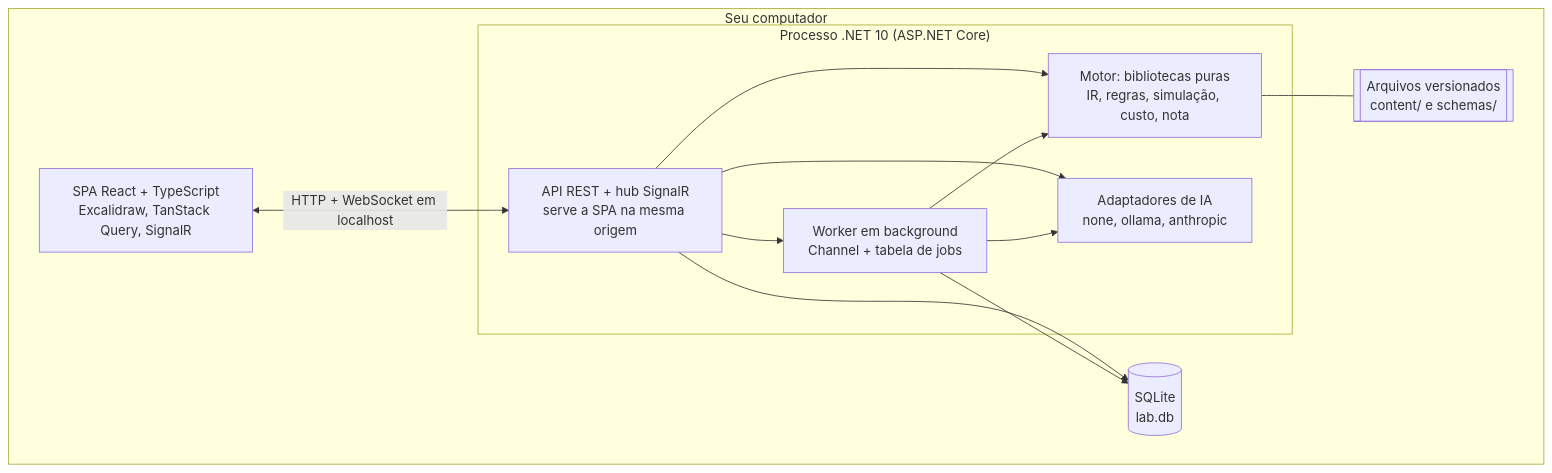
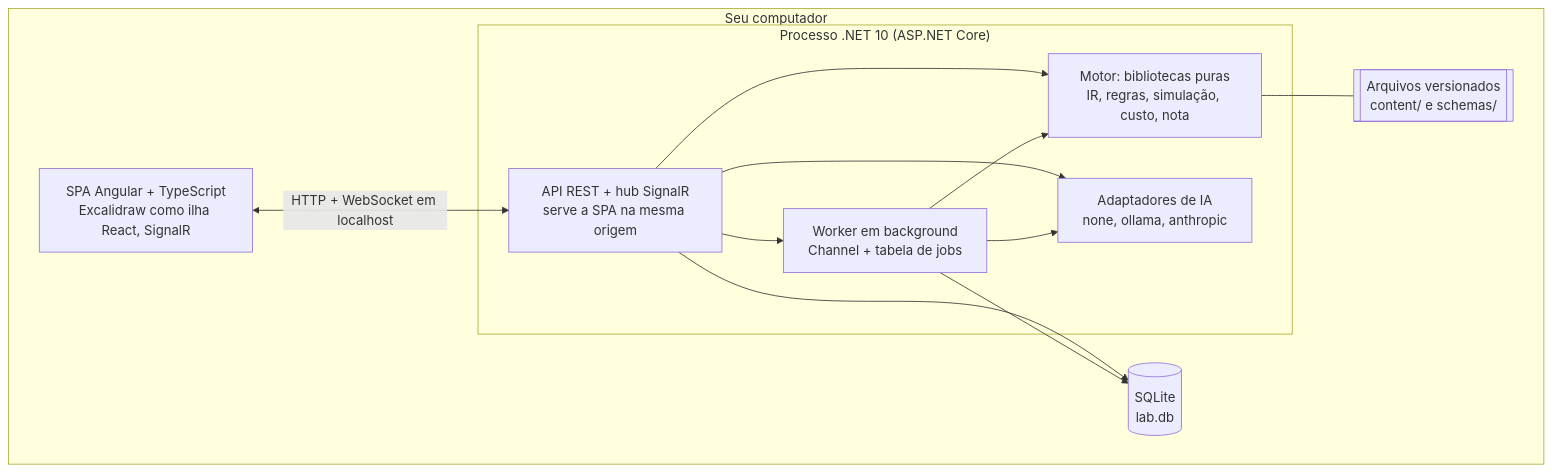
Before and after one commit to luigiconsentino7/Cloud_Architect_Lab: the second of 3 diagrams in docs/spec/03-arquitetura.md, drawn with Mermaid. The commit also changed other lines of this file and 9 other files, not shown here.

````diff
--- a/docs/spec/03-arquitetura.md
+++ b/docs/spec/03-arquitetura.md
@@ -29,23 +28,23 @@
 ```mermaid
 flowchart TB
     subgraph PC["Seu computador"]
-        SPA["SPA React + TypeScript<br/>Excalidraw, TanStack Query, SignalR"]
+        SPA["SPA Angular + TypeScript<br/>Excalidraw como ilha React, SignalR"]
         subgraph PROC["Processo .NET 10 (ASP.NET Core)"]
             API["API REST + hub SignalR<br/>serve a SPA na mesma origem"]
             JOBS["Worker em background<br/>Channel + tabela de jobs"]
             ENG["Motor: bibliotecas puras<br/>IR, regras, simulação, custo, nota"]
             AIA["Adaptadores de IA<br/>none, ollama, anthropic"]
         end
         DB[("SQLite<br/>lab.db")]
         FILES[["Arquivos versionados<br/>content/ e schemas/"]]
     end
     SPA <-->|"HTTP + WebSocket em localhost"| API
     API --> JOBS
     API --> ENG
     JOBS --> ENG
     API --> DB
     JOBS --> DB
     API --> AIA
     JOBS --> AIA
     ENG --- FILES
 ```
````
